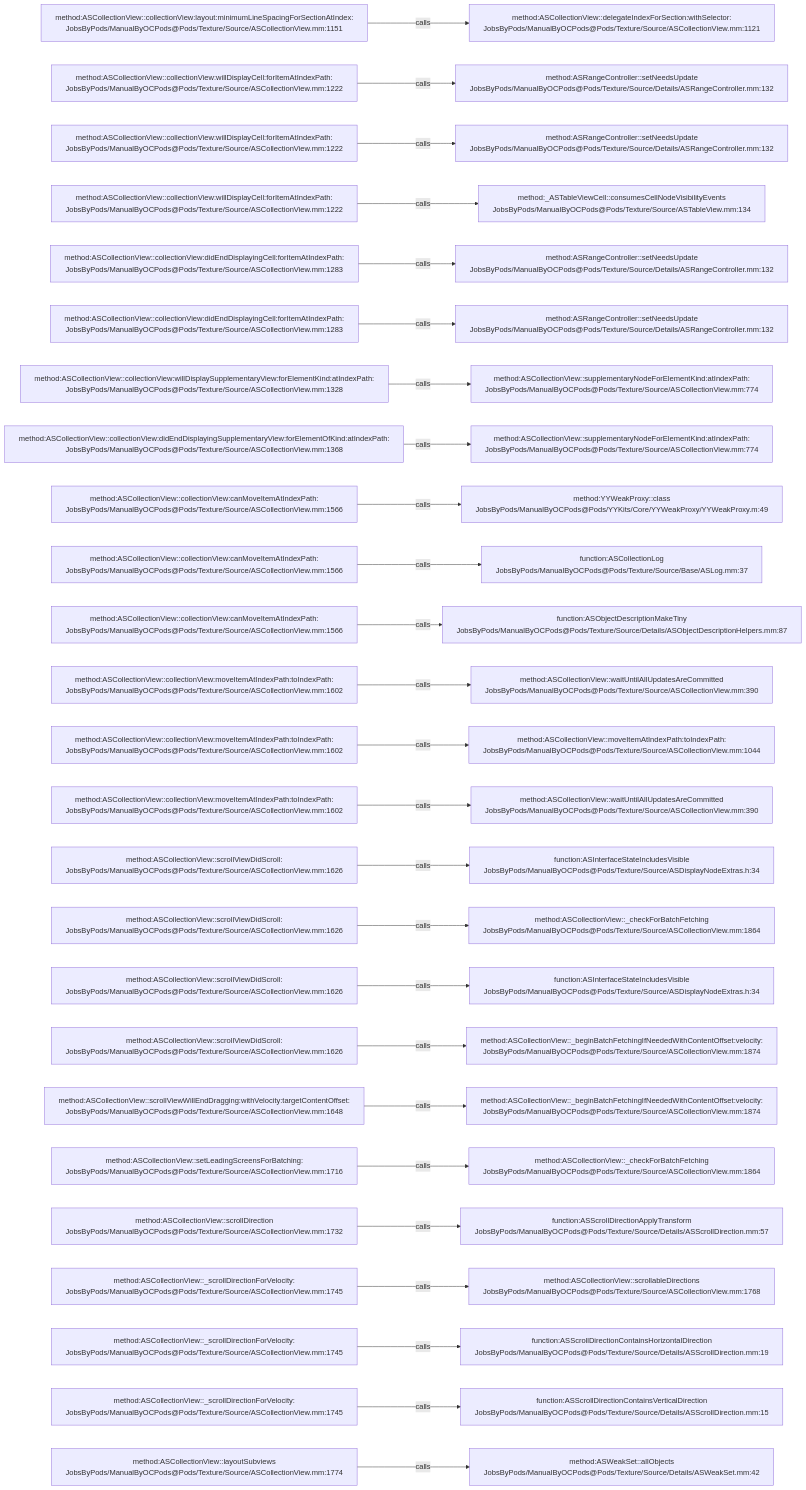
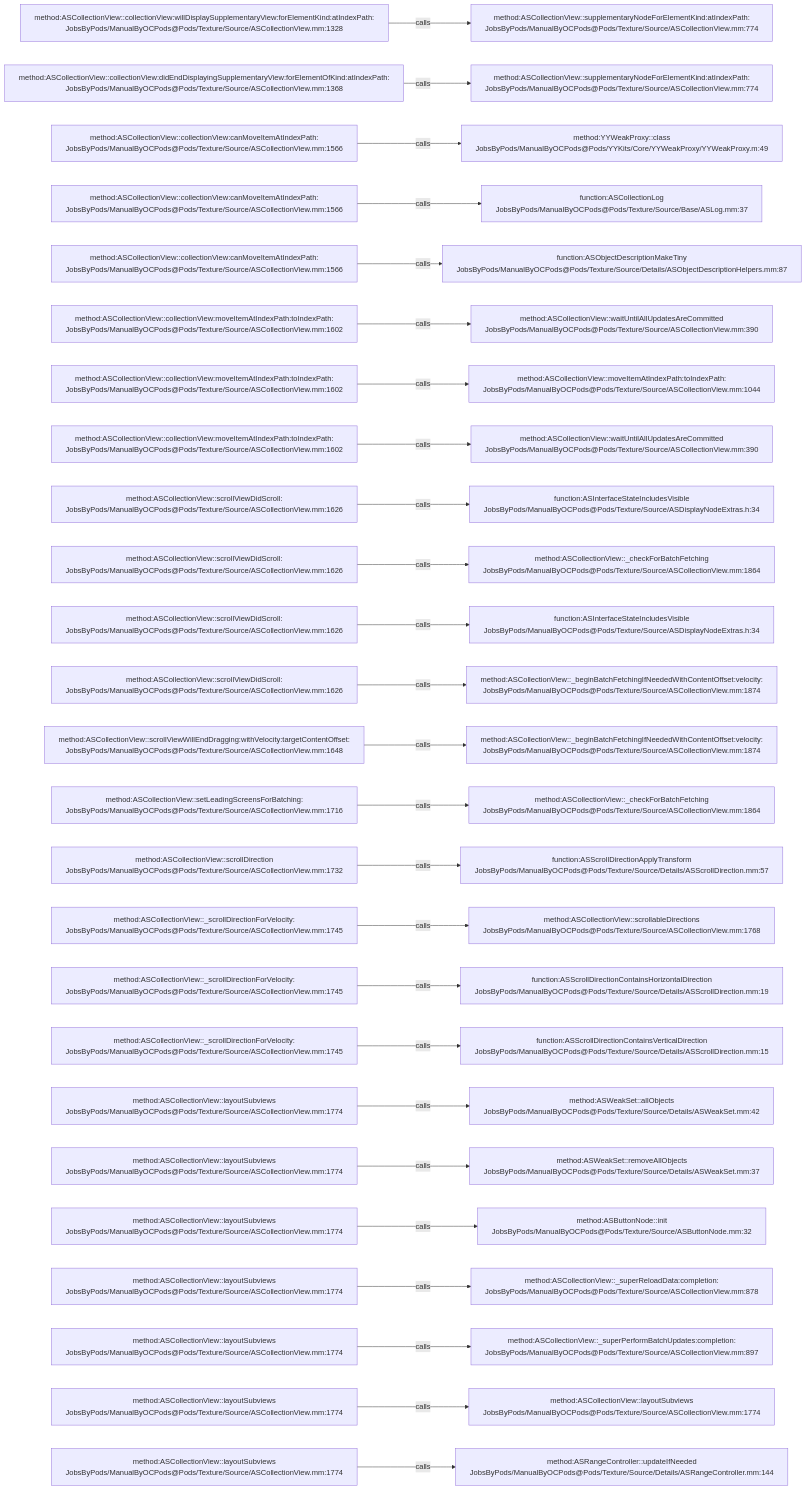
The diagram in .codegraph/codegraph.md/graphs/calls-074.md (JobsKits/JobsOCBaseConfigDemo), drawn with Mermaid before and after one commit. The commit also changed 666 other files, not shown here.

````diff
--- a/.codegraph/codegraph.md/graphs/calls-074.md
+++ b/.codegraph/codegraph.md/graphs/calls-074.md
@@ -13,78 +13,78 @@
 ```mermaid
 flowchart LR
-  S1["method:ASCollectionView::collectionView:layout:minimumLineSpacingForSectionAtIndex:<br/>JobsByPods/ManualByOCPods@Pods/Texture/Source/ASCollectionView.mm:1151"]
-  T1["method:ASCollectionView::delegateIndexForSection:withSelector:<br/>JobsByPods/ManualByOCPods@Pods/Texture/Source/ASCollectionView.mm:1121"]
+  S1["method:ASCollectionView::collectionView:willDisplaySupplementaryView:forElementKind:atIndexPath:<br/>JobsByPods/ManualByOCPods@Pods/Texture/Source/ASCollectionView.mm:1328"]
+  T1["method:ASCollectionView::supplementaryNodeForElementKind:atIndexPath:<br/>JobsByPods/ManualByOCPods@Pods/Texture/Source/ASCollectionView.mm:774"]
   S1 -->|calls| T1
-  S2["method:ASCollectionView::collectionView:willDisplayCell:forItemAtIndexPath:<br/>JobsByPods/ManualByOCPods@Pods/Texture/Source/ASCollectionView.mm:1222"]
-  T2["method:ASRangeController::setNeedsUpdate<br/>JobsByPods/ManualByOCPods@Pods/Texture/Source/Details/ASRangeController.mm:132"]
+  S2["method:ASCollectionView::collectionView:didEndDisplayingSupplementaryView:forElementOfKind:atIndexPath:<br/>JobsByPods/ManualByOCPods@Pods/Texture/Source/ASCollectionView.mm:1368"]
+  T2["method:ASCollectionView::supplementaryNodeForElementKind:atIndexPath:<br/>JobsByPods/ManualByOCPods@Pods/Texture/Source/ASCollectionView.mm:774"]
   S2 -->|calls| T2
-  S3["method:ASCollectionView::collectionView:willDisplayCell:forItemAtIndexPath:<br/>JobsByPods/ManualByOCPods@Pods/Texture/Source/ASCollectionView.mm:1222"]
-  T3["method:ASRangeController::setNeedsUpdate<br/>JobsByPods/ManualByOCPods@Pods/Texture/Source/Details/ASRangeController.mm:132"]
+  S3["method:ASCollectionView::collectionView:canMoveItemAtIndexPath:<br/>JobsByPods/ManualByOCPods@Pods/Texture/Source/ASCollectionView.mm:1566"]
+  T3["method:YYWeakProxy::class<br/>JobsByPods/ManualByOCPods@Pods/YYKits/Core/YYWeakProxy/YYWeakProxy.m:49"]
   S3 -->|calls| T3
-  S4["method:ASCollectionView::collectionView:willDisplayCell:forItemAtIndexPath:<br/>JobsByPods/ManualByOCPods@Pods/Texture/Source/ASCollectionView.mm:1222"]
-  T4["method:_ASTableViewCell::consumesCellNodeVisibilityEvents<br/>JobsByPods/ManualByOCPods@Pods/Texture/Source/ASTableView.mm:134"]
+  S4["method:ASCollectionView::collectionView:canMoveItemAtIndexPath:<br/>JobsByPods/ManualByOCPods@Pods/Texture/Source/ASCollectionView.mm:1566"]
+  T4["function:ASCollectionLog<br/>JobsByPods/ManualByOCPods@Pods/Texture/Source/Base/ASLog.mm:37"]
   S4 -->|calls| T4
-  S5["method:ASCollectionView::collectionView:didEndDisplayingCell:forItemAtIndexPath:<br/>JobsByPods/ManualByOCPods@Pods/Texture/Source/ASCollectionView.mm:1283"]
-  T5["method:ASRangeController::setNeedsUpdate<br/>JobsByPods/ManualByOCPods@Pods/Texture/Source/Details/ASRangeController.mm:132"]
+  S5["method:ASCollectionView::collectionView:canMoveItemAtIndexPath:<br/>JobsByPods/ManualByOCPods@Pods/Texture/Source/ASCollectionView.mm:1566"]
+  T5["function:ASObjectDescriptionMakeTiny<br/>JobsByPods/ManualByOCPods@Pods/Texture/Source/Details/ASObjectDescriptionHelpers.mm:87"]
   S5 -->|calls| T5
-  S6["method:ASCollectionView::collectionView:didEndDisplayingCell:forItemAtIndexPath:<br/>JobsByPods/ManualByOCPods@Pods/Texture/Source/ASCollectionView.mm:1283"]
-  T6["method:ASRangeController::setNeedsUpdate<br/>JobsByPods/ManualByOCPods@Pods/Texture/Source/Details/ASRangeController.mm:132"]
+  S6["method:ASCollectionView::collectionView:moveItemAtIndexPath:toIndexPath:<br/>JobsByPods/ManualByOCPods@Pods/Texture/Source/ASCollectionView.mm:1602"]
+  T6["method:ASCollectionView::waitUntilAllUpdatesAreCommitted<br/>JobsByPods/ManualByOCPods@Pods/Texture/Source/ASCollectionView.mm:390"]
   S6 -->|calls| T6
-  S7["method:ASCollectionView::collectionView:willDisplaySupplementaryView:forElementKind:atIndexPath:<br/>JobsByPods/ManualByOCPods@Pods/Texture/Source/ASCollectionView.mm:1328"]
-  T7["method:ASCollectionView::supplementaryNodeForElementKind:atIndexPath:<br/>JobsByPods/ManualByOCPods@Pods/Texture/Source/ASCollectionView.mm:774"]
+  S7["method:ASCollectionView::collectionView:moveItemAtIndexPath:toIndexPath:<br/>JobsByPods/ManualByOCPods@Pods/Texture/Source/ASCollectionView.mm:1602"]
+  T7["method:ASCollectionView::moveItemAtIndexPath:toIndexPath:<br/>JobsByPods/ManualByOCPods@Pods/Texture/Source/ASCollectionView.mm:1044"]
   S7 -->|calls| T7
-  S8["method:ASCollectionView::collectionView:didEndDisplayingSupplementaryView:forElementOfKind:atIndexPath:<br/>JobsByPods/ManualByOCPods@Pods/Texture/Source/ASCollectionView.mm:1368"]
-  T8["method:ASCollectionView::supplementaryNodeForElementKind:atIndexPath:<br/>JobsByPods/ManualByOCPods@Pods/Texture/Source/ASCollectionView.mm:774"]
+  S8["method:ASCollectionView::collectionView:moveItemAtIndexPath:toIndexPath:<br/>JobsByPods/ManualByOCPods@Pods/Texture/Source/ASCollectionView.mm:1602"]
+  T8["method:ASCollectionView::waitUntilAllUpdatesAreCommitted<br/>JobsByPods/ManualByOCPods@Pods/Texture/Source/ASCollectionView.mm:390"]
   S8 -->|calls| T8
-  S9["method:ASCollectionView::collectionView:canMoveItemAtIndexPath:<br/>JobsByPods/ManualByOCPods@Pods/Texture/Source/ASCollectionView.mm:1566"]
-  T9["method:YYWeakProxy::class<br/>JobsByPods/ManualByOCPods@Pods/YYKits/Core/YYWeakProxy/YYWeakProxy.m:49"]
+  S9["method:ASCollectionView::scrollViewDidScroll:<br/>JobsByPods/ManualByOCPods@Pods/Texture/Source/ASCollectionView.mm:1626"]
+  T9["function:ASInterfaceStateIncludesVisible<br/>JobsByPods/ManualByOCPods@Pods/Texture/Source/ASDisplayNodeExtras.h:34"]
   S9 -->|calls| T9
-  S10["method:ASCollectionView::collectionView:canMoveItemAtIndexPath:<br/>JobsByPods/ManualByOCPods@Pods/Texture/Source/ASCollectionView.mm:1566"]
-  T10["function:ASCollectionLog<br/>JobsByPods/ManualByOCPods@Pods/Texture/Source/Base/ASLog.mm:37"]
+  S10["method:ASCollectionView::scrollViewDidScroll:<br/>JobsByPods/ManualByOCPods@Pods/Texture/Source/ASCollectionView.mm:1626"]
+  T10["method:ASCollectionView::_checkForBatchFetching<br/>JobsByPods/ManualByOCPods@Pods/Texture/Source/ASCollectionView.mm:1864"]
   S10 -->|calls| T10
-  S11["method:ASCollectionView::collectionView:canMoveItemAtIndexPath:<br/>JobsByPods/ManualByOCPods@Pods/Texture/Source/ASCollectionView.mm:1566"]
-  T11["function:ASObjectDescriptionMakeTiny<br/>JobsByPods/ManualByOCPods@Pods/Texture/Source/Details/ASObjectDescriptionHelpers.mm:87"]
+  S11["method:ASCollectionView::scrollViewDidScroll:<br/>JobsByPods/ManualByOCPods@Pods/Texture/Source/ASCollectionView.mm:1626"]
+  T11["function:ASInterfaceStateIncludesVisible<br/>JobsByPods/ManualByOCPods@Pods/Texture/Source/ASDisplayNodeExtras.h:34"]
   S11 -->|calls| T11
-  S12["method:ASCollectionView::collectionView:moveItemAtIndexPath:toIndexPath:<br/>JobsByPods/ManualByOCPods@Pods/Texture/Source/ASCollectionView.mm:1602"]
-  T12["method:ASCollectionView::waitUntilAllUpdatesAreCommitted<br/>JobsByPods/ManualByOCPods@Pods/Texture/Source/ASCollectionView.mm:390"]
+  S12["method:ASCollectionView::scrollViewDidScroll:<br/>JobsByPods/ManualByOCPods@Pods/Texture/Source/ASCollectionView.mm:1626"]
+  T12["method:ASCollectionView::_beginBatchFetchingIfNeededWithContentOffset:velocity:<br/>JobsByPods/ManualByOCPods@Pods/Texture/Source/ASCollectionView.mm:1874"]
   S12 -->|calls| T12
-  S13["method:ASCollectionView::collectionView:moveItemAtIndexPath:toIndexPath:<br/>JobsByPods/ManualByOCPods@Pods/Texture/Source/ASCollectionView.mm:1602"]
-  T13["method:ASCollectionView::moveItemAtIndexPath:toIndexPath:<br/>JobsByPods/ManualByOCPods@Pods/Texture/Source/ASCollectionView.mm:1044"]
+  S13["method:ASCollectionView::scrollViewWillEndDragging:withVelocity:targetContentOffset:<br/>JobsByPods/ManualByOCPods@Pods/Texture/Source/ASCollectionView.mm:1648"]
+  T13["method:ASCollectionView::_beginBatchFetchingIfNeededWithContentOffset:velocity:<br/>JobsByPods/ManualByOCPods@Pods/Texture/Source/ASCollectionView.mm:1874"]
   S13 -->|calls| T13
-  S14["method:ASCollectionView::collectionView:moveItemAtIndexPath:toIndexPath:<br/>JobsByPods/ManualByOCPods@Pods/Texture/Source/ASCollectionView.mm:1602"]
-  T14["method:ASCollectionView::waitUntilAllUpdatesAreCommitted<br/>JobsByPods/ManualByOCPods@Pods/Texture/Source/ASCollectionView.mm:390"]
+  S14["method:ASCollectionView::setLeadingScreensForBatching:<br/>JobsByPods/ManualByOCPods@Pods/Texture/Source/ASCollectionView.mm:1716"]
+  T14["method:ASCollectionView::_checkForBatchFetching<br/>JobsByPods/ManualByOCPods@Pods/Texture/Source/ASCollectionView.mm:1864"]
   S14 -->|calls| T14
-  S15["method:ASCollectionView::scrollViewDidScroll:<br/>JobsByPods/ManualByOCPods@Pods/Texture/Source/ASCollectionView.mm:1626"]
-  T15["function:ASInterfaceStateIncludesVisible<br/>JobsByPods/ManualByOCPods@Pods/Texture/Source/ASDisplayNodeExtras.h:34"]
+  S15["method:ASCollectionView::scrollDirection<br/>JobsByPods/ManualByOCPods@Pods/Texture/Source/ASCollectionView.mm:1732"]
+  T15["function:ASScrollDirectionApplyTransform<br/>JobsByPods/ManualByOCPods@Pods/Texture/Source/Details/ASScrollDirection.mm:57"]
   S15 -->|calls| T15
-  S16["method:ASCollectionView::scrollViewDidScroll:<br/>JobsByPods/ManualByOCPods@Pods/Texture/Source/ASCollectionView.mm:1626"]
-  T16["method:ASCollectionView::_checkForBatchFetching<br/>JobsByPods/ManualByOCPods@Pods/Texture/Source/ASCollectionView.mm:1864"]
+  S16["method:ASCollectionView::_scrollDirectionForVelocity:<br/>JobsByPods/ManualByOCPods@Pods/Texture/Source/ASCollectionView.mm:1745"]
+  T16["method:ASCollectionView::scrollableDirections<br/>JobsByPods/ManualByOCPods@Pods/Texture/Source/ASCollectionView.mm:1768"]
   S16 -->|calls| T16
-  S17["method:ASCollectionView::scrollViewDidScroll:<br/>JobsByPods/ManualByOCPods@Pods/Texture/Source/ASCollectionView.mm:1626"]
-  T17["function:ASInterfaceStateIncludesVisible<br/>JobsByPods/ManualByOCPods@Pods/Texture/Source/ASDisplayNodeExtras.h:34"]
+  S17["method:ASCollectionView::_scrollDirectionForVelocity:<br/>JobsByPods/ManualByOCPods@Pods/Texture/Source/ASCollectionView.mm:1745"]
+  T17["function:ASScrollDirectionContainsHorizontalDirection<br/>JobsByPods/ManualByOCPods@Pods/Texture/Source/Details/ASScrollDirection.mm:19"]
   S17 -->|calls| T17
-  S18["method:ASCollectionView::scrollViewDidScroll:<br/>JobsByPods/ManualByOCPods@Pods/Texture/Source/ASCollectionView.mm:1626"]
-  T18["method:ASCollectionView::_beginBatchFetchingIfNeededWithContentOffset:velocity:<br/>JobsByPods/ManualByOCPods@Pods/Texture/Source/ASCollectionView.mm:1874"]
+  S18["method:ASCollectionView::_scrollDirectionForVelocity:<br/>JobsByPods/ManualByOCPods@Pods/Texture/Source/ASCollectionView.mm:1745"]
+  T18["function:ASScrollDirectionContainsVerticalDirection<br/>JobsByPods/ManualByOCPods@Pods/Texture/Source/Details/ASScrollDirection.mm:15"]
   S18 -->|calls| T18
-  S19["method:ASCollectionView::scrollViewWillEndDragging:withVelocity:targetContentOffset:<br/>JobsByPods/ManualByOCPods@Pods/Texture/Source/ASCollectionView.mm:1648"]
-  T19["method:ASCollectionView::_beginBatchFetchingIfNeededWithContentOffset:velocity:<br/>JobsByPods/ManualByOCPods@Pods/Texture/Source/ASCollectionView.mm:1874"]
+  S19["method:ASCollectionView::layoutSubviews<br/>JobsByPods/ManualByOCPods@Pods/Texture/Source/ASCollectionView.mm:1774"]
+  T19["method:ASWeakSet::allObjects<br/>JobsByPods/ManualByOCPods@Pods/Texture/Source/Details/ASWeakSet.mm:42"]
   S19 -->|calls| T19
-  S20["method:ASCollectionView::setLeadingScreensForBatching:<br/>JobsByPods/ManualByOCPods@Pods/Texture/Source/ASCollectionView.mm:1716"]
-  T20["method:ASCollectionView::_checkForBatchFetching<br/>JobsByPods/ManualByOCPods@Pods/Texture/Source/ASCollectionView.mm:1864"]
+  S20["method:ASCollectionView::layoutSubviews<br/>JobsByPods/ManualByOCPods@Pods/Texture/Source/ASCollectionView.mm:1774"]
+  T20["method:ASWeakSet::removeAllObjects<br/>JobsByPods/ManualByOCPods@Pods/Texture/Source/Details/ASWeakSet.mm:37"]
   S20 -->|calls| T20
-  S21["method:ASCollectionView::scrollDirection<br/>JobsByPods/ManualByOCPods@Pods/Texture/Source/ASCollectionView.mm:1732"]
-  T21["function:ASScrollDirectionApplyTransform<br/>JobsByPods/ManualByOCPods@Pods/Texture/Source/Details/ASScrollDirection.mm:57"]
+  S21["method:ASCollectionView::layoutSubviews<br/>JobsByPods/ManualByOCPods@Pods/Texture/Source/ASCollectionView.mm:1774"]
+  T21["method:ASButtonNode::init<br/>JobsByPods/ManualByOCPods@Pods/Texture/Source/ASButtonNode.mm:32"]
   S21 -->|calls| T21
-  S22["method:ASCollectionView::_scrollDirectionForVelocity:<br/>JobsByPods/ManualByOCPods@Pods/Texture/Source/ASCollectionView.mm:1745"]
-  T22["method:ASCollectionView::scrollableDirections<br/>JobsByPods/ManualByOCPods@Pods/Texture/Source/ASCollectionView.mm:1768"]
+  S22["method:ASCollectionView::layoutSubviews<br/>JobsByPods/ManualByOCPods@Pods/Texture/Source/ASCollectionView.mm:1774"]
+  T22["method:ASCollectionView::_superReloadData:completion:<br/>JobsByPods/ManualByOCPods@Pods/Texture/Source/ASCollectionView.mm:878"]
   S22 -->|calls| T22
-  S23["method:ASCollectionView::_scrollDirectionForVelocity:<br/>JobsByPods/ManualByOCPods@Pods/Texture/Source/ASCollectionView.mm:1745"]
-  T23["function:ASScrollDirectionContainsHorizontalDirection<br/>JobsByPods/ManualByOCPods@Pods/Texture/Source/Details/ASScrollDirection.mm:19"]
+  S23["method:ASCollectionView::layoutSubviews<br/>JobsByPods/ManualByOCPods@Pods/Texture/Source/ASCollectionView.mm:1774"]
+  T23["method:ASCollectionView::_superPerformBatchUpdates:completion:<br/>JobsByPods/ManualByOCPods@Pods/Texture/Source/ASCollectionView.mm:897"]
   S23 -->|calls| T23
-  S24["method:ASCollectionView::_scrollDirectionForVelocity:<br/>JobsByPods/ManualByOCPods@Pods/Texture/Source/ASCollectionView.mm:1745"]
-  T24["function:ASScrollDirectionContainsVerticalDirection<br/>JobsByPods/ManualByOCPods@Pods/Texture/Source/Details/ASScrollDirection.mm:15"]
+  S24["method:ASCollectionView::layoutSubviews<br/>JobsByPods/ManualByOCPods@Pods/Texture/Source/ASCollectionView.mm:1774"]
+  T24["method:ASCollectionView::layoutSubviews<br/>JobsByPods/ManualByOCPods@Pods/Texture/Source/ASCollectionView.mm:1774"]
   S24 -->|calls| T24
   S25["method:ASCollectionView::layoutSubviews<br/>JobsByPods/ManualByOCPods@Pods/Texture/Source/ASCollectionView.mm:1774"]
-  T25["method:ASWeakSet::allObjects<br/>JobsByPods/ManualByOCPods@Pods/Texture/Source/Details/ASWeakSet.mm:42"]
+  T25["method:ASRangeController::updateIfNeeded<br/>JobsByPods/ManualByOCPods@Pods/Texture/Source/Details/ASRangeController.mm:144"]
   S25 -->|calls| T25
 ```
````
